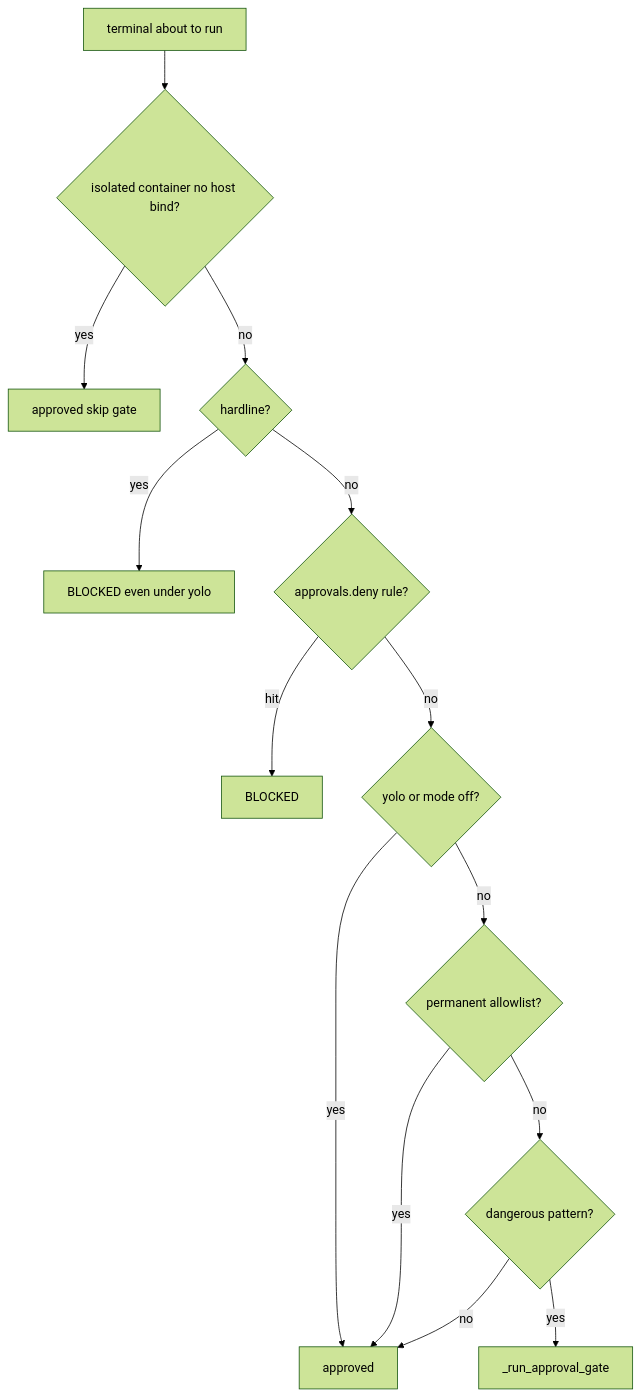
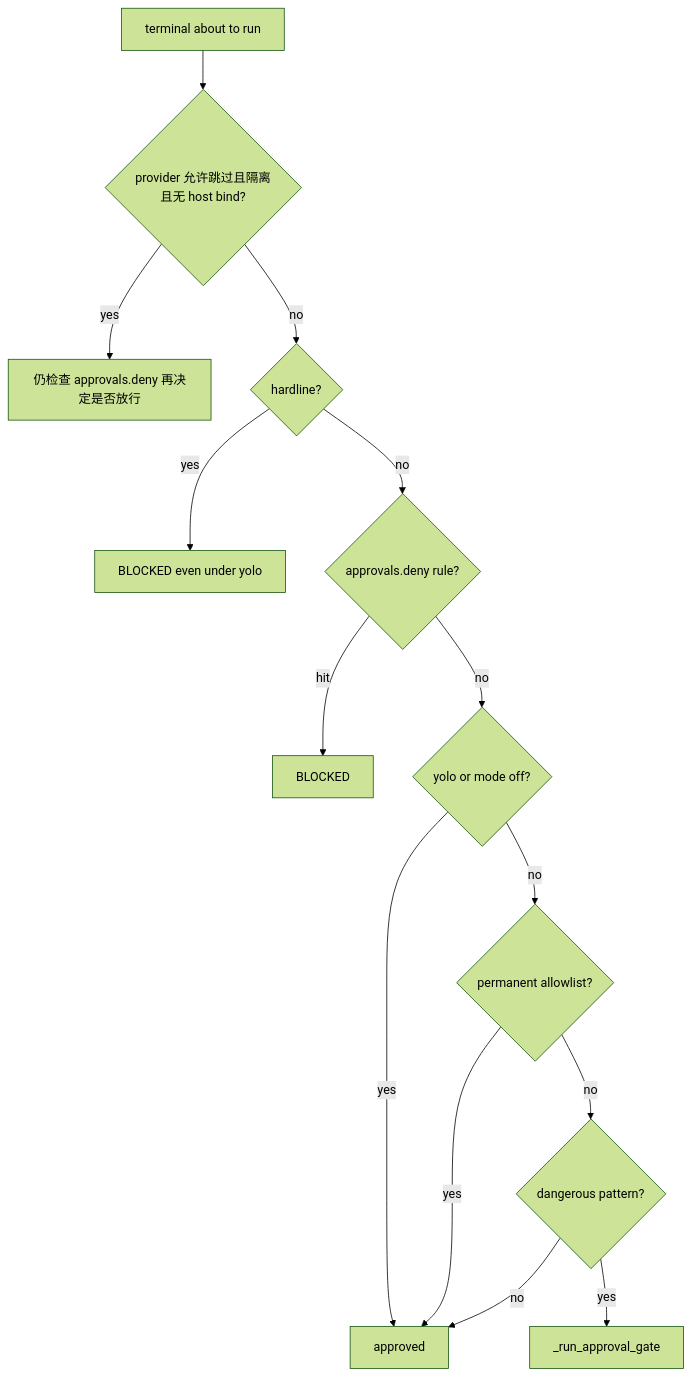
The third of 11 diagrams in hermes/docs/volumes/08-security-and-governance.md (themass/agent-docs), drawn with Mermaid (forest theme) before and after one commit. The commit also changed other lines of this file and 508 other files, not shown here.

````diff
--- a/hermes/docs/volumes/08-security-and-governance.md
+++ b/hermes/docs/volumes/08-security-and-governance.md
@@ -129,16 +183,16 @@
 ```mermaid
 flowchart TD
-  A[terminal about to run] --> B{isolated container no host bind?}
-  B -->|yes| Skip[approved skip gate]
+  A[terminal about to run] --> B{provider 允许跳过且隔离<br/>且无 host bind?}
+  B -->|yes| Skip[仍检查 approvals.deny 再决定是否放行]
   B -->|no| C{hardline?}
   C -->|yes| H[BLOCKED even under yolo]
   C -->|no| D{approvals.deny rule?}
   D -->|hit| H2[BLOCKED]
   D -->|no| E{yolo or mode off?}
   E -->|yes| OK[approved]
   E -->|no| F{permanent allowlist?}
   F -->|yes| OK
   F -->|no| G{dangerous pattern?}
   G -->|no| OK
   G -->|yes| Gate[_run_approval_gate]
 ```
````
